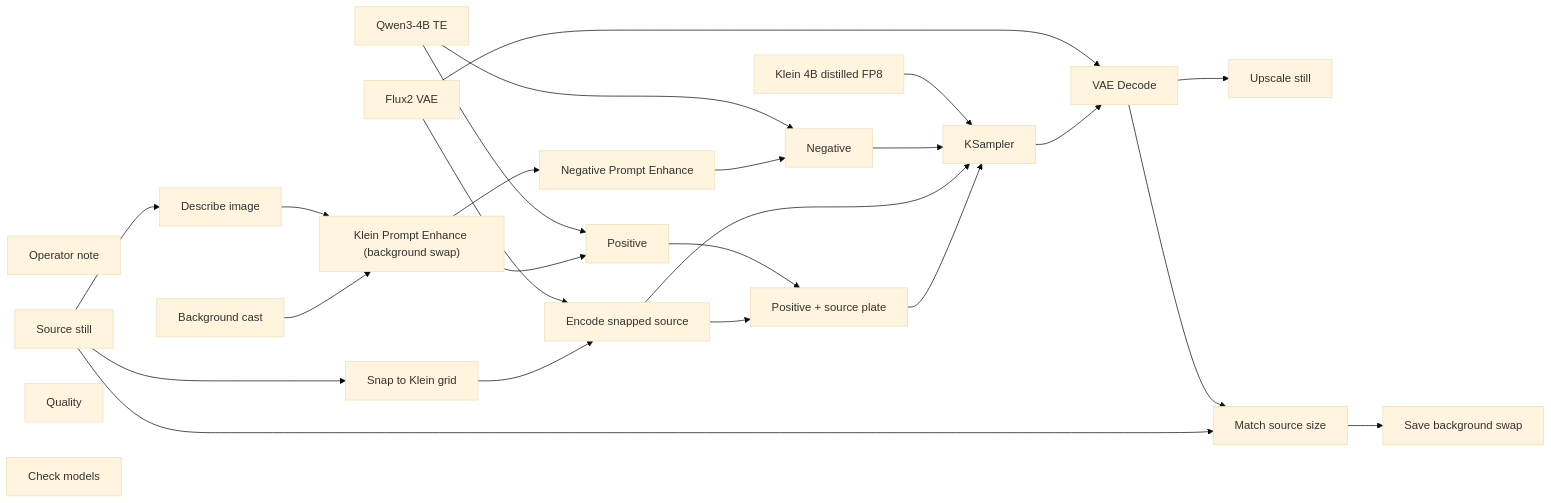
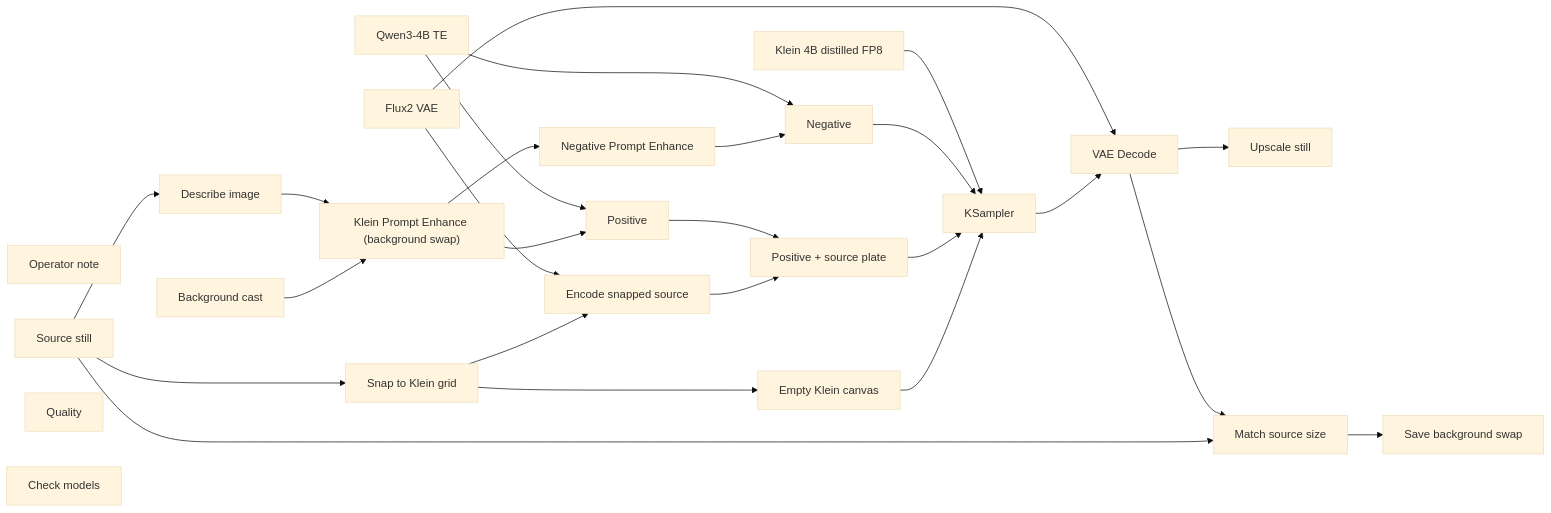
Before and after one commit to toxicoder/ez-comfy-stack: the diagram in docs/generated/workflows/stills/background-swap.md, drawn with Mermaid (base theme). The commit also changed other lines of this file and 27 other files, not shown here.

````diff
--- a/docs/generated/workflows/stills/background-swap.md
+++ b/docs/generated/workflows/stills/background-swap.md
@@ -52,47 +53,49 @@
 ```mermaid
 flowchart LR
   N1["Klein 4B distilled FP8"]
   N2["Qwen3-4B TE"]
   N3["Flux2 VAE"]
   N4["Positive"]
   N5["Negative"]
   N7["KSampler"]
   N8["VAE Decode"]
   N9["Save background swap"]
   N10["Operator note"]
   N11["Source still"]
   N12["Klein Prompt Enhance (background swap)"]
   N13["Negative Prompt Enhance"]
   N14["Quality"]
   N18["Upscale still"]
   N19["Describe image"]
   N20["Encode snapped source"]
   N21["Positive + source plate"]
   N22["Snap to Klein grid"]
   N23["Match source size"]
   N24["Background cast"]
   N25["Check models"]
+  N26["Empty Klein canvas"]
   N1 --> N7
   N2 --> N4
   N2 --> N5
   N3 --> N8
   N3 --> N20
   N4 --> N21
   N5 --> N7
   N7 --> N8
   N8 --> N18
   N8 --> N23
   N11 --> N22
   N11 --> N23
   N11 --> N19
   N12 --> N4
   N12 --> N13
   N13 --> N5
   N19 --> N12
   N20 --> N21
-  N20 --> N7
   N21 --> N7
   N22 --> N20
+  N22 --> N26
   N23 --> N9
   N24 --> N12
+  N26 --> N7
 ```
````
